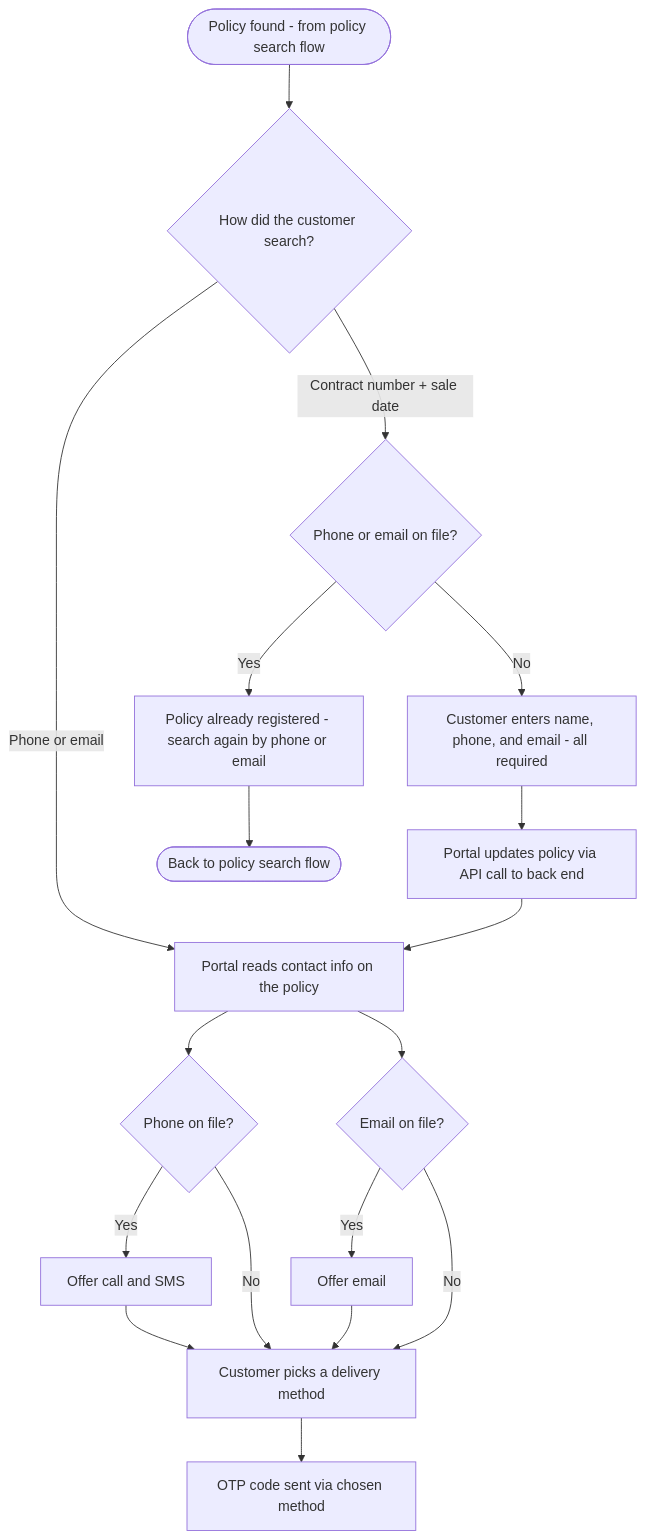
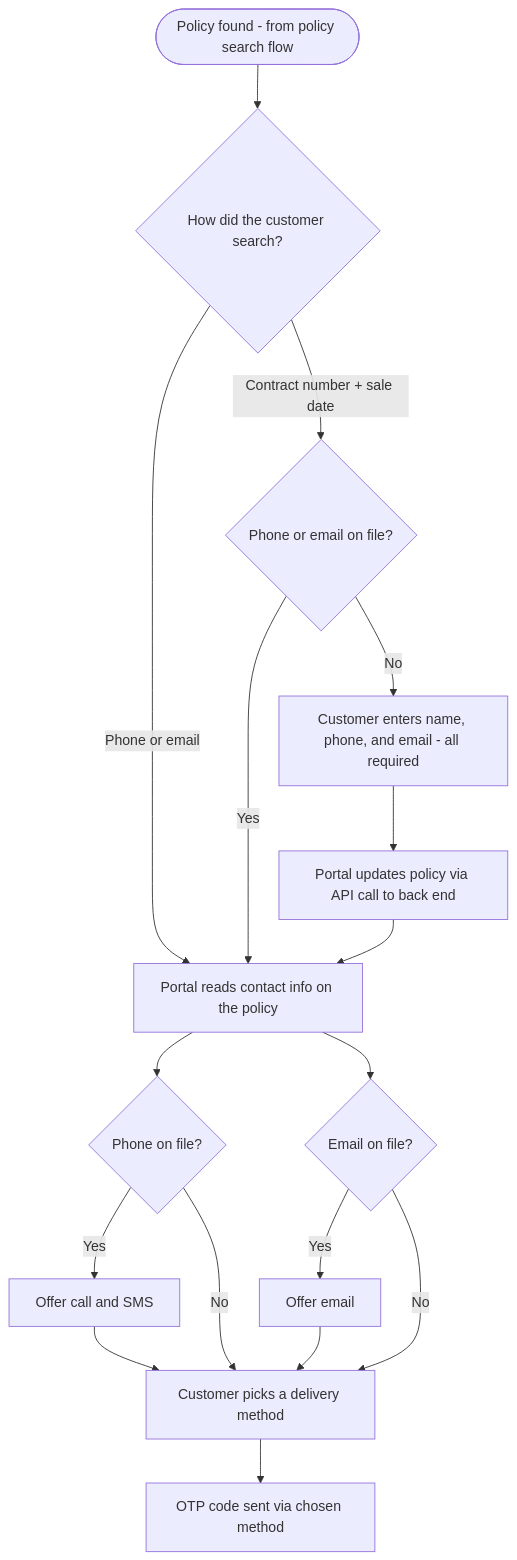
One commit to prqueen90-collab/journey-diagrams changed the diagram in docs/flows/02-otp-routing.md. Above: the diagram before and after it, drawn with Mermaid. The commit also changed other lines of this file and 2 other files, not shown here.

Commit message:
Add product dashboard flow; send registered contract searches to OTP
Flow 4 maps what the customer sees after OTP verification. Flow 2 no
longer asks contract-number searches with contact details on file to
search again; they go to OTP using the details on the policy.

Claude-Session: https://claude.ai/code/session_019K1gMRqgFEv9D5YEyEPSqx

````diff
--- a/docs/flows/02-otp-routing.md
+++ b/docs/flows/02-otp-routing.md
@@ -9,20 +8,19 @@
 ```mermaid
 flowchart TD
     A([Policy found - from policy search flow]) --> B{How did the customer search?}
     B -->|Phone or email| C[Portal reads contact info on the policy]
     B -->|Contract number + sale date| D{Phone or email on file?}
-    D -->|Yes| E[Policy already registered - search again by phone or email]
-    E --> S([Back to policy search flow])
+    D -->|Yes| C
     D -->|No| F[Customer enters name, phone, and email - all required]
     F --> P[Portal updates policy via API call to back end]
     P --> C
     C --> G{Phone on file?}
     C --> H{Email on file?}
     G -->|Yes| I[Offer call and SMS]
     H -->|Yes| J[Offer email]
     G -->|No| K[Customer picks a delivery method]
     H -->|No| K
     I --> K
     J --> K
     K --> L[OTP code sent via chosen method]
 ```
````
